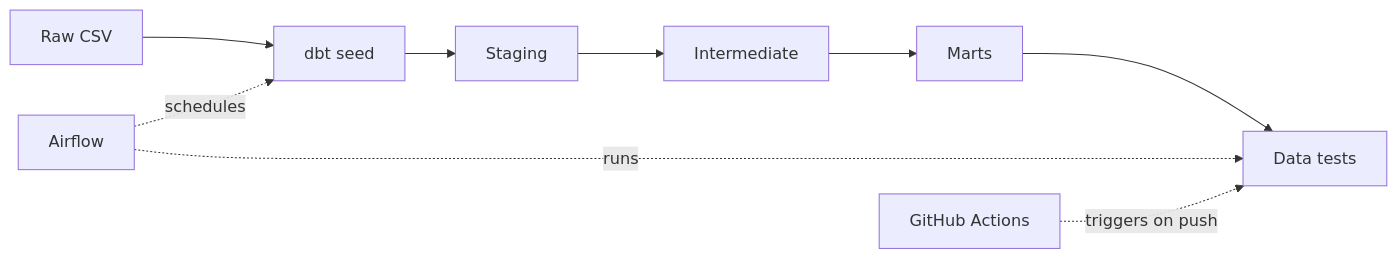
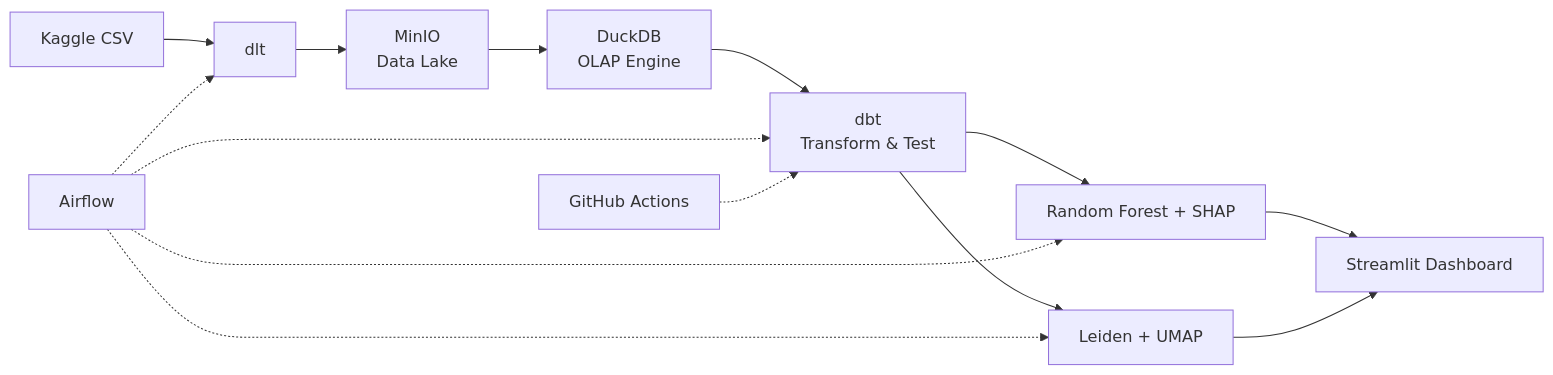
The diagram in README.md (Javiersdr/Churn-pipeline), drawn with Mermaid before and after one commit. The commit also changed other lines of this file and 37 other files, not shown here.

````diff
--- a/README.md
+++ b/README.md
@@ -22,12 +13,16 @@
 ```mermaid
 flowchart LR
-    raw[Raw CSV] --> seed[dbt seed]
-    seed --> stg[Staging]
-    stg --> int[Intermediate]
-    int --> mart[Marts]
-    mart --> test[Data tests]
-
-    airflow[Airflow] -.->|schedules| seed
-    airflow -.->|runs| test
-    actions[GitHub Actions] -.->|triggers on push| test
+   csv[Kaggle CSV] --> dlt[dlt]
+   dlt --> minio[MinIO<br/>Data Lake]
+   minio --> duckdb[DuckDB<br/>OLAP Engine]
+   duckdb --> dbt[dbt<br/>Transform & Test]
+   dbt --> rf[Random Forest + SHAP]
+   dbt --> leiden[Leiden + UMAP]
+   rf --> dashboard[Streamlit Dashboard]
+   leiden --> dashboard
+   airflow[Airflow] -.-> dlt
+   airflow -.-> dbt
+   airflow -.-> rf
+   airflow -.-> leiden
+   ci[GitHub Actions] -.-> dbt
 ```
````
